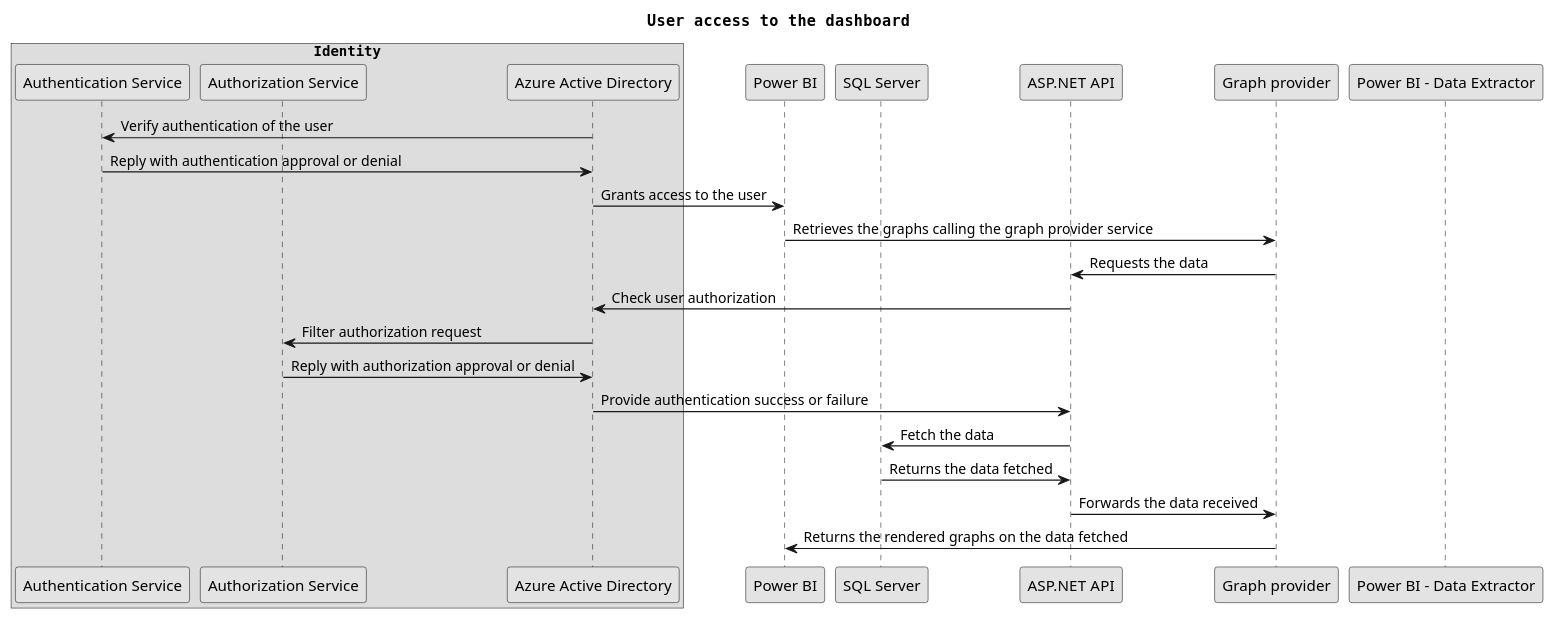
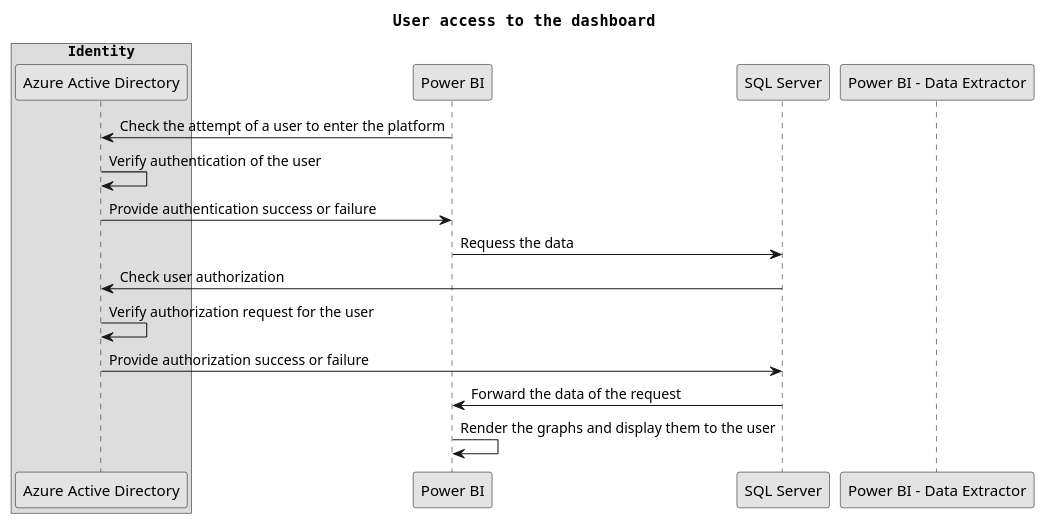
One commit to USI-MSDE-SA-2022/software-architecture-model-Travad changed the diagram in src/sa/model/examples/bu_process_view_use_case_1.puml. Above: the diagram before and after it, drawn with PlantUML. The commit also changed 3 other files, not shown here.

```diff
--- a/src/sa/model/examples/bu_process_view_use_case_1.puml
+++ b/src/sa/model/examples/bu_process_view_use_case_1.puml
@@ -1,32 +1,29 @@
 @startuml
 title User access to the dashboard​
 
 box "Identity"
-participant "Authentication Service" as AUTHENTS
-participant "Authorization Service" as AUTHORS
+' participant "Authentication Service" as AUTHENTS
+' participant "Authorization Service" as AUTHORS
 participant "Azure Active Directory" as AAD
 end box
 participant "Power BI" as PBI
 participant "SQL Server​" as SQLS
-participant "ASP.NET API​" as DAPI
-participant "Graph provider​" as GP
+' participant "ASP.NET API​" as DAPI
 participant "Power BI - Data Extractor​​" as PBIDE
 
-AAD -> AUTHENTS: Verify authentication of the user
-AUTHENTS -> AAD: Reply with authentication approval or denial 
-AAD -> PBI: Grants access to the user
-PBI -> GP: Retrieves the graphs calling the graph provider service ​
-GP -> DAPI: Requests the data​
-DAPI -> AAD: Check user authorization​
-AAD -> AUTHORS: Filter authorization request
-AUTHORS -> AAD: Reply with authorization approval or denial
-AAD -> DAPI: Provide authentication success or failure
-DAPI -> SQLS: Fetch the data​
-SQLS -> DAPI: Returns the data fetched
-DAPI -> GP: Forwards the data received
-GP -> PBI: Returns the rendered graphs on the data fetched​
+PBI -> AAD: Check the attempt of a user to enter the platform
+AAD -> AAD: Verify authentication of the user
+' AUTHENTS -> AAD: Reply with authentication approval or denial 
+AAD -> PBI: Provide authentication success or failure
+PBI -> SQLS: Requess the data​
+SQLS -> AAD: Check user authorization 
+AAD -> AAD: Verify authorization request for the user
+' AUTHORS -> AAD: Reply with authorization approval or denial
+AAD -> SQLS: Provide authorization success or failure
+SQLS -> PBI: Forward the data of the request
+PBI -> PBI: Render the graphs and display them to the user
 
 skinparam monochrome true
 skinparam shadowing false
 skinparam defaultFontName Courier
 @enduml
```
